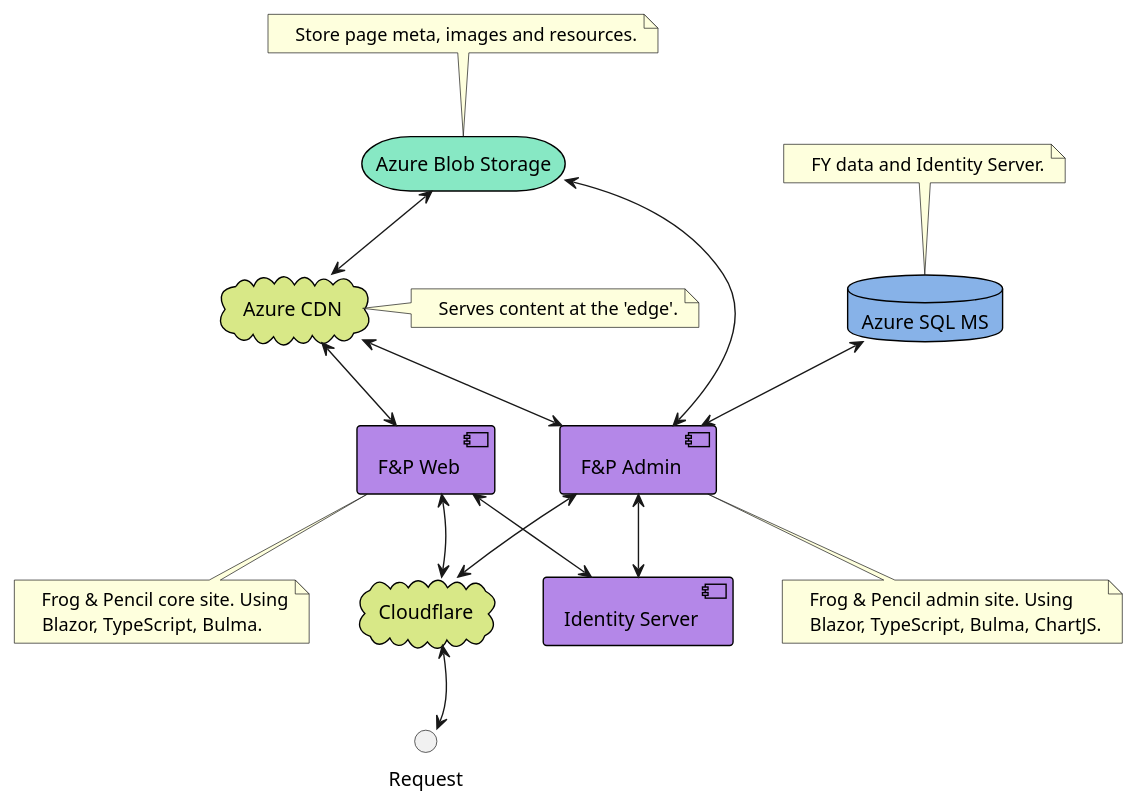
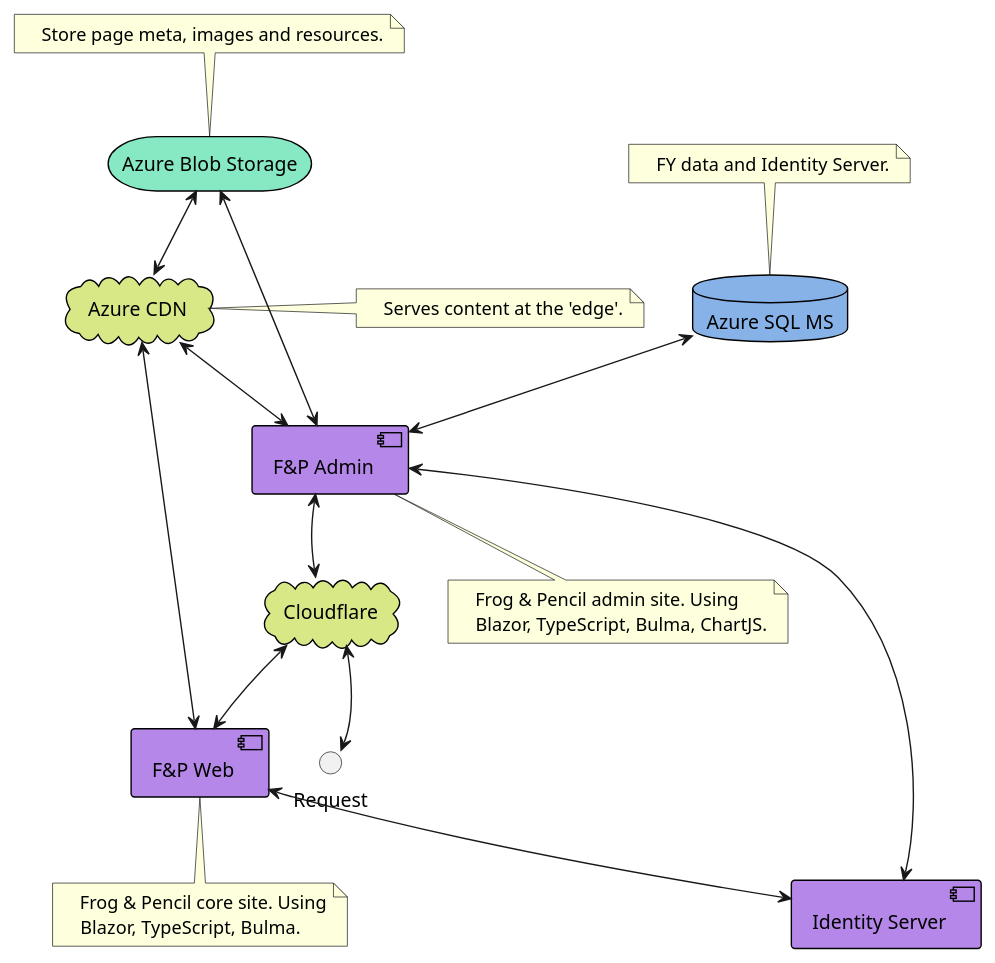
Before and after one commit to bearandhammer/knowledge-vault: the second of 2 diagrams in obsidian-vault/🐸 Frog & Pencil/Architecture Diagram.md, drawn with PlantUML.

Commit message:
Lews PC vault backup: 07/04/2022 08:48:19
Affected files:
obsidian-vault/🐸 Frog & Pencil/Architecture Diagram.md

````diff
--- a/obsidian-vault/🐸 Frog & Pencil/Architecture Diagram.md
+++ b/obsidian-vault/🐸 Frog & Pencil/Architecture Diagram.md
@@ -113,4 +113,6 @@
 CF -[hidden]d-> REQ
 FPA -[hidden]-> CF
 FPW -[hidden]-> CF
+FPA -[hidden]> IS
+FPW -[hidden]> FPA
 ```
````
